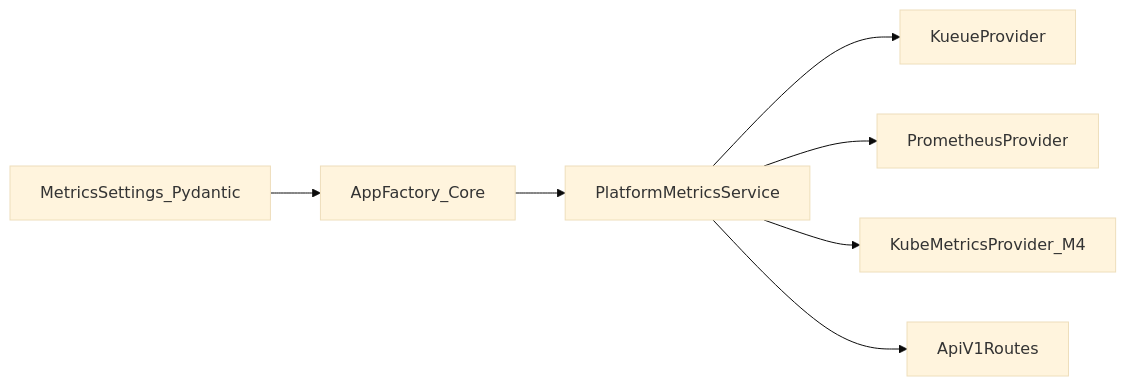
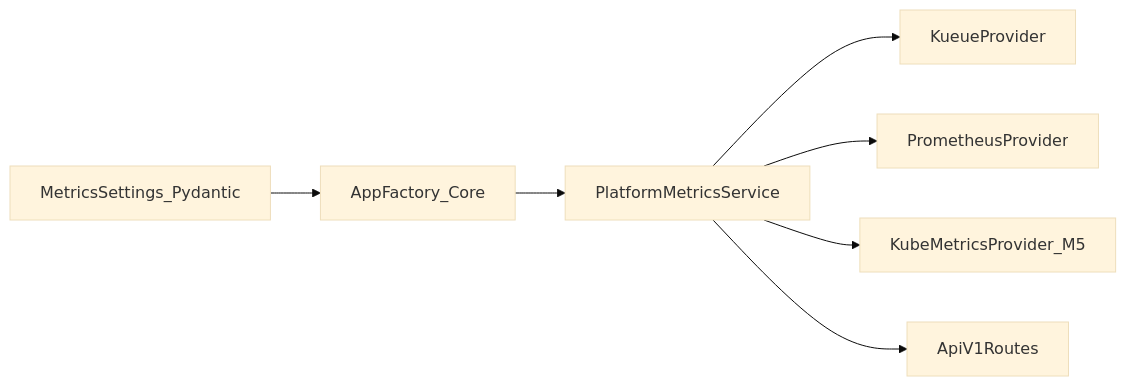
Before and after one commit to opencadc/science-platform: the diagram in metrics/docs/plans/PLAN_M3_app_structure_and_platform_sources.md, drawn with Mermaid (base theme). The commit also changed other lines of this file and 17 other files, not shown here.

Commit message:
docs(metrics): instantiated architecture rework

````diff
--- a/metrics/docs/plans/PLAN_M3_app_structure_and_platform_sources.md
+++ b/metrics/docs/plans/PLAN_M3_app_structure_and_platform_sources.md
@@ -117,9 +117,9 @@
 ```mermaid
 flowchart LR
 config[MetricsSettings_Pydantic] --> appFactory[AppFactory_Core]
 appFactory --> platformService[PlatformMetricsService]
 platformService --> kueueAdapter[KueueProvider]
 platformService --> promAdapter[PrometheusProvider]
-platformService --> kubeMetricsAdapter[KubeMetricsProvider_M4]
+platformService --> kubeMetricsAdapter[KubeMetricsProvider_M5]
 platformService --> apiRoutes[ApiV1Routes]
 ```
````
